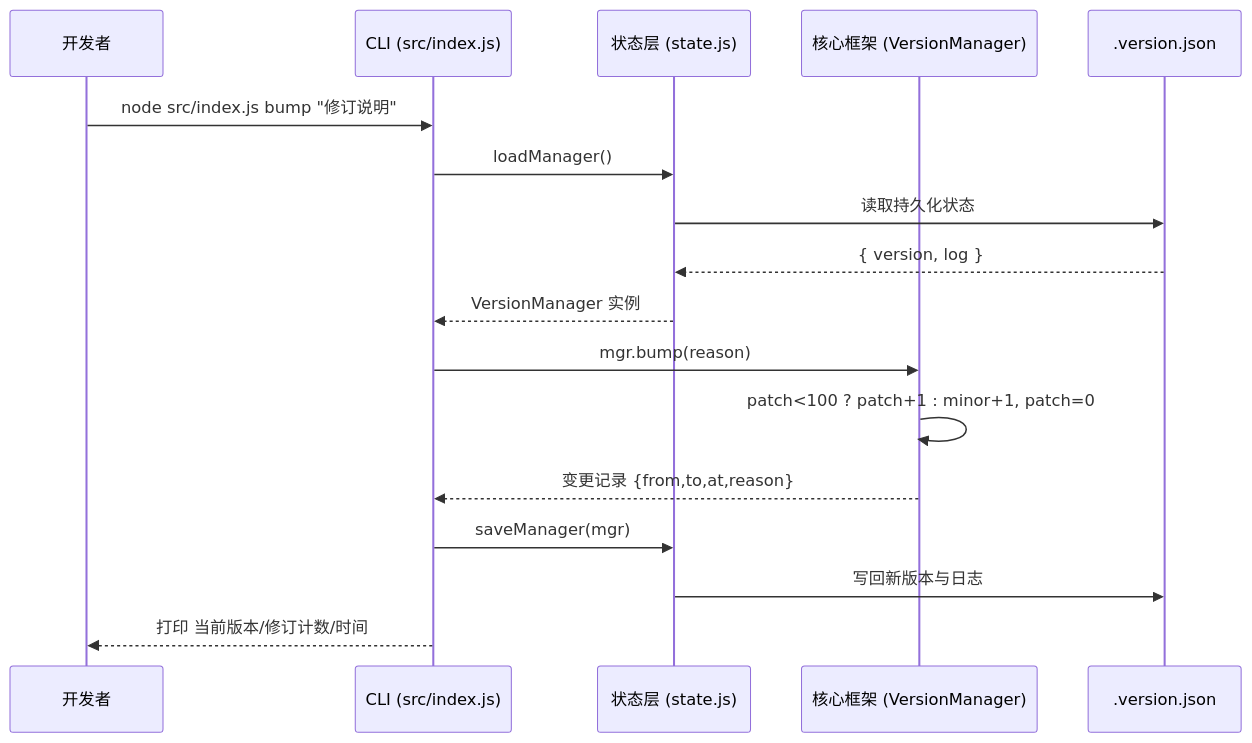
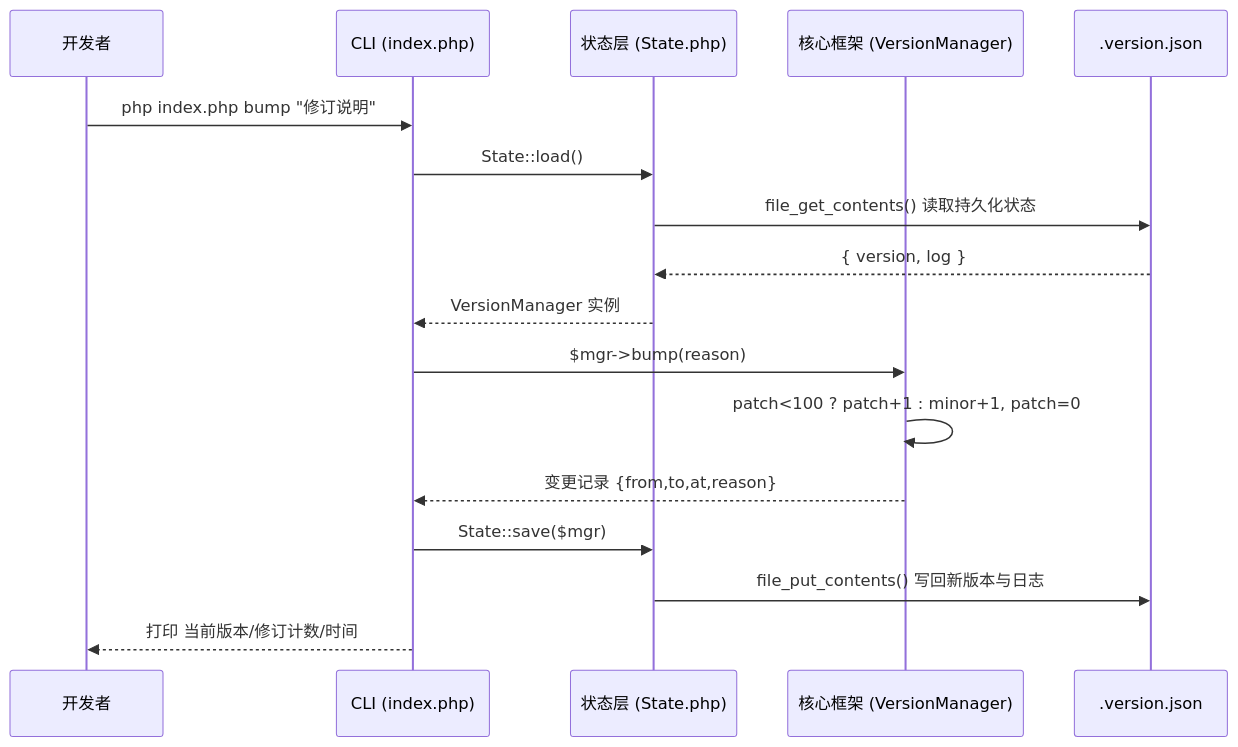
The diagram in moxigti/docs/03-maintenance-flow.md (ssmhdssmhd/qcb), drawn with Mermaid before and after one commit. The commit also changed other lines of this file and 14 other files, not shown here.

````diff
--- a/moxigti/docs/03-maintenance-flow.md
+++ b/moxigti/docs/03-maintenance-flow.md
@@ -8,22 +8,22 @@
 ```mermaid
 sequenceDiagram
     participant Dev as 开发者
-    participant CLI as CLI (src/index.js)
-    participant State as 状态层 (state.js)
+    participant CLI as CLI (index.php)
+    participant State as 状态层 (State.php)
     participant Core as 核心框架 (VersionManager)
     participant File as .version.json
 
-    Dev->>CLI: node src/index.js bump "修订说明"
-    CLI->>State: loadManager()
-    State->>File: 读取持久化状态
+    Dev->>CLI: php index.php bump "修订说明"
+    CLI->>State: State::load()
+    State->>File: file_get_contents() 读取持久化状态
     File-->>State: { version, log }
     State-->>CLI: VersionManager 实例
 
-    CLI->>Core: mgr.bump(reason)
+    CLI->>Core: $mgr->bump(reason)
     Core->>Core: patch<100 ? patch+1 : minor+1, patch=0
     Core-->>CLI: 变更记录 {from,to,at,reason}
 
-    CLI->>State: saveManager(mgr)
-    State->>File: 写回新版本与日志
+    CLI->>State: State::save($mgr)
+    State->>File: file_put_contents() 写回新版本与日志
     CLI-->>Dev: 打印 当前版本/修订计数/时间
 ```
````
